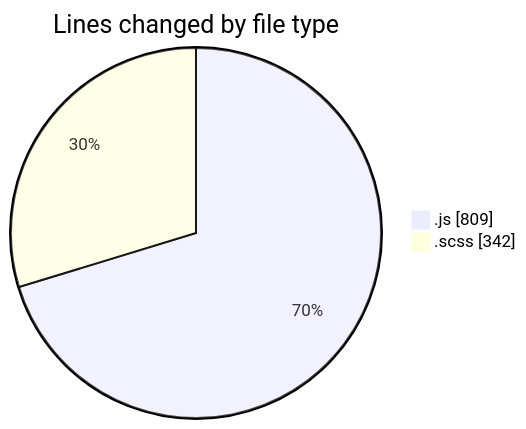
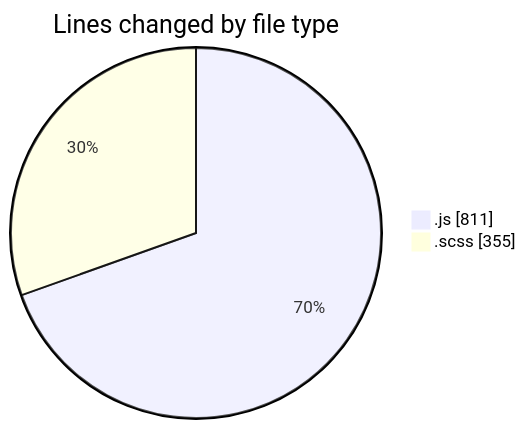
Before and after one commit to momahboobian/code-tracking: the first of 2 diagrams in 2026-01-05/cda/README.md, drawn with Mermaid. The commit also changed other lines of this file and 1 other file, not shown here.

````diff
--- a/2026-01-05/cda/README.md
+++ b/2026-01-05/cda/README.md
@@ -26,6 +26,6 @@
 ```mermaid
 pie showData
 title Lines changed by file type
-".js" : 809
-".scss" : 342
+".js" : 811
+".scss" : 355
 ```
````
